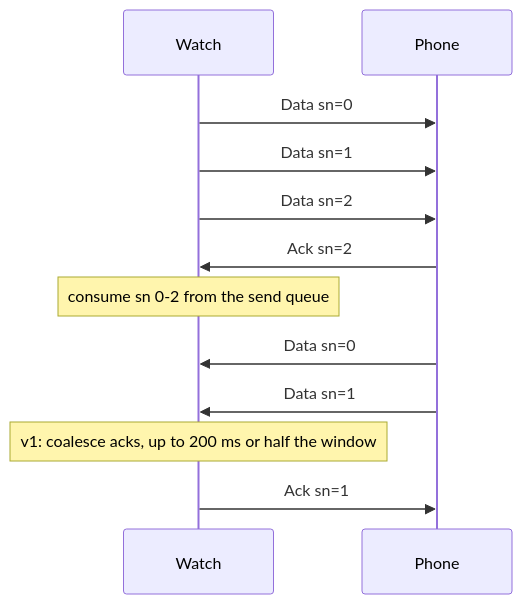
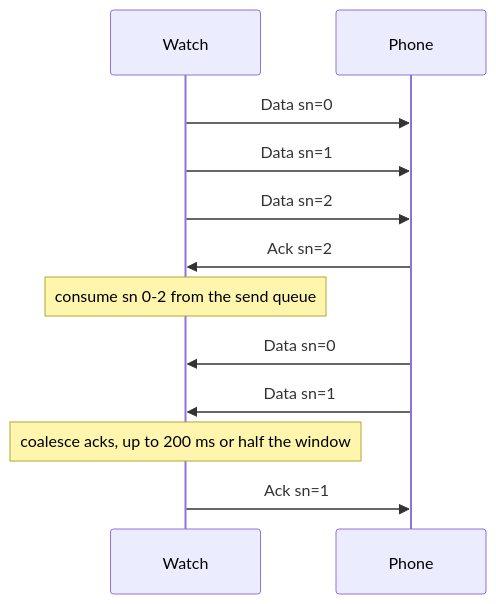
One commit to coredevices/PebbleOS changed the third of 5 diagrams in docs/subsystems/pp/transports.md. Above: the diagram before and after it, drawn with Mermaid. The commit also changed other lines of this file and 6 other files, not shown here.

````diff
--- a/docs/subsystems/pp/transports.md
+++ b/docs/subsystems/pp/transports.md
@@ -178,14 +176,14 @@
 ```{mermaid}
 sequenceDiagram
   participant W as Watch
   participant P as Phone
   W->>P: Data sn=0
   W->>P: Data sn=1
   W->>P: Data sn=2
   P->>W: Ack sn=2
   Note over W: consume sn 0-2 from the send queue
   P->>W: Data sn=0
   P->>W: Data sn=1
-  Note over W: v1: coalesce acks, up to 200 ms or half the window
+  Note over W: coalesce acks, up to 200 ms or half the window
   W->>P: Ack sn=1
 ```
````
